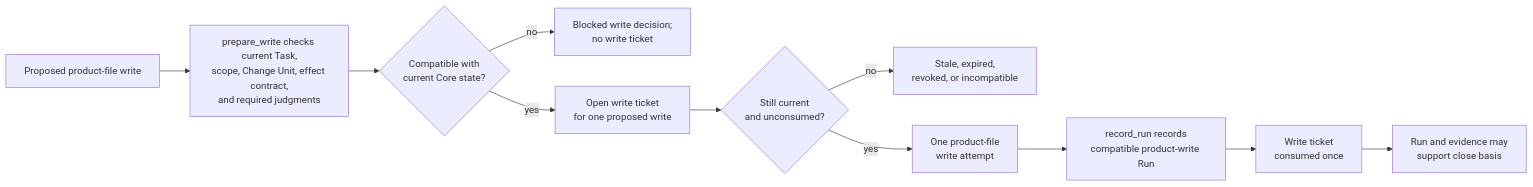
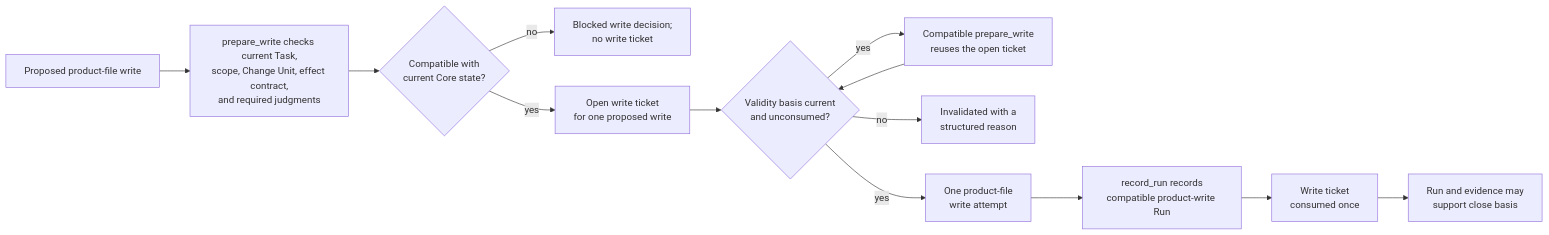
One commit to minjungw00/Volicord changed the second of 2 diagrams in docs/en/reference/core-model.md. Above: the diagram before and after it, drawn with Mermaid. The commit also changed other lines of this file and 91 other files, not shown here.

````diff
--- a/docs/en/reference/core-model.md
+++ b/docs/en/reference/core-model.md
@@ -512,20 +556,22 @@
 ```mermaid
 flowchart LR
   proposed["Proposed product-file write"]
   prepare["prepare_write checks current Task,<br/>scope, Change Unit, effect contract,<br/>and required judgments"]
   compatible{"Compatible with<br/>current Core state?"}
   blocked["Blocked write decision;<br/>no write ticket"]
   open["Open write ticket<br/>for one proposed write"]
-  still{"Still current<br/>and unconsumed?"}
-  invalid["Stale, expired,<br/>revoked, or incompatible"]
+  still{"Validity basis current<br/>and unconsumed?"}
+  reused["Compatible prepare_write<br/>reuses the open ticket"]
+  invalid["Invalidated with a<br/>structured reason"]
   attempt["One product-file<br/>write attempt"]
   run["record_run records<br/>compatible product-write Run"]
   consumed["Write ticket<br/>consumed once"]
   evidence["Run and evidence may<br/>support close basis"]
 
   proposed --> prepare --> compatible
   compatible -- no --> blocked
   compatible -- yes --> open --> still
   still -- no --> invalid
+  still -- yes --> reused --> still
   still -- yes --> attempt --> run --> consumed --> evidence
 ```
````
